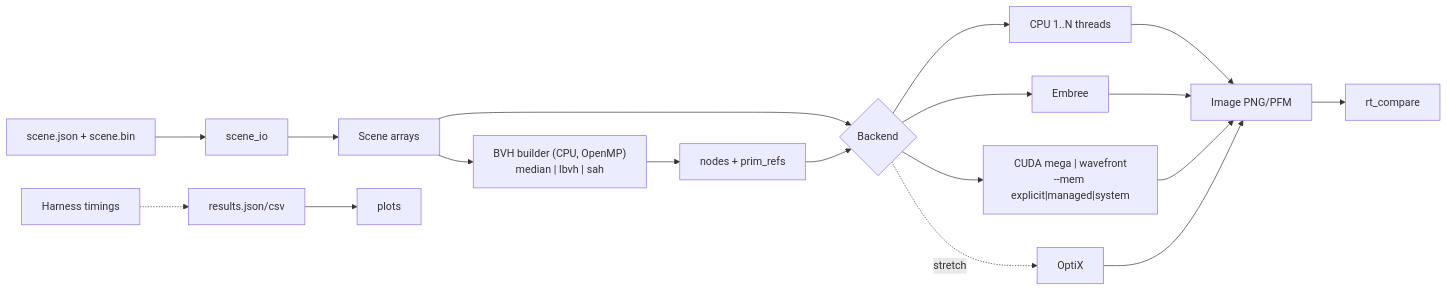
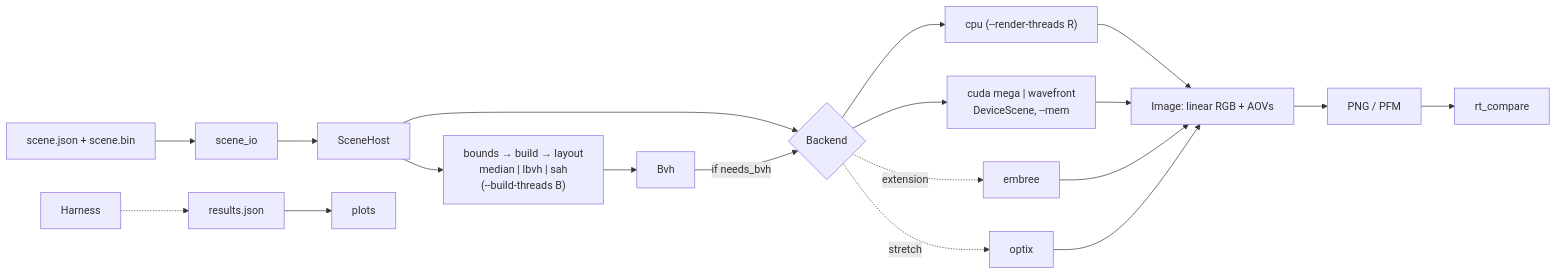
The first of 4 diagrams in docs/ARCHITECTURE.md (Mikail-Sadic-UT/Ray-Tracer), drawn with Mermaid before and after one commit. The commit also changed other lines of this file and 12 other files, not shown here.

````diff
--- a/docs/ARCHITECTURE.md
+++ b/docs/ARCHITECTURE.md
@@ -16,14 +16,14 @@
 ```mermaid
 flowchart LR
-  F[scene.json + scene.bin] --> IO[scene_io] --> SC[Scene arrays]
-  SC --> B["BVH builder (CPU, OpenMP)<br/>median | lbvh | sah"]
-  B --> BV[nodes + prim_refs]
-  SC --> R{Backend}
-  BV --> R
-  R --> C[CPU 1..N threads]
-  R --> E[Embree]
-  R --> G["CUDA mega | wavefront<br/>--mem explicit|managed|system"]
-  R -.stretch.-> O[OptiX]
-  C & E & G & O --> IMG[Image PNG/PFM] --> CMP[rt_compare]
-  H[Harness timings] -.-> RES[results.json/csv] --> PLOT[plots]
+  F[scene.json + scene.bin] --> IO[scene_io] --> SH[SceneHost]
+  SH --> B["bounds → build → layout<br/>median | lbvh | sah<br/>(--build-threads B)"]
+  B --> BV[Bvh]
+  SH --> R{Backend}
+  BV -->|if needs_bvh| R
+  R --> C["cpu (--render-threads R)"]
+  R --> G["cuda mega | wavefront<br/>DeviceScene, --mem"]
+  R -.extension.-> E[embree]
+  R -.stretch.-> O[optix]
+  C & G & E & O --> IMG[Image: linear RGB + AOVs] --> OUT[PNG / PFM] --> CMP[rt_compare]
+  T[Harness] -.-> RES[results.json] --> PLOT[plots]
 ```
````
